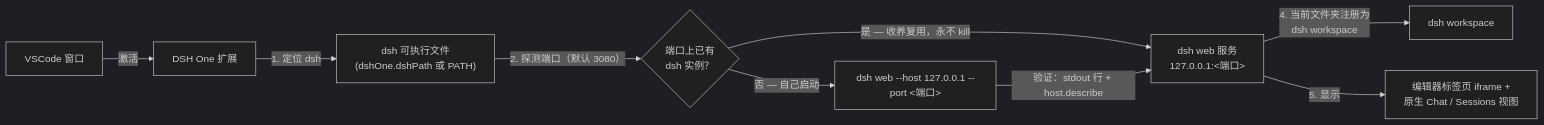
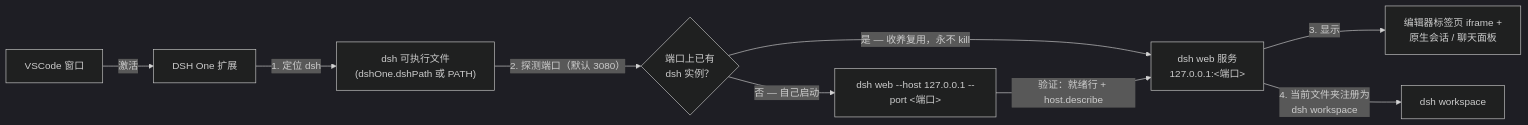
One commit to imchangchang/dsh-one changed the diagram in README.zh-CN.md. Above: the diagram before and after it, drawn with Mermaid (dark theme). The commit also changed other lines of this file and 1 other file, not shown here.

````diff
--- a/README.zh-CN.md
+++ b/README.zh-CN.md
@@ -56,11 +52,11 @@
 ```mermaid
 flowchart LR
   VS["VSCode 窗口"] -->|"激活"| EXT["DSH One 扩展"]
   EXT -->|"1. 定位 dsh"| DSH["dsh 可执行文件<br/>(dshOne.dshPath 或 PATH)"]
   DSH -->|"2. 探测端口（默认 3080）"| PROBE{"端口上已有<br/>dsh 实例？"}
   PROBE -->|"是 — 收养复用，永不 kill"| SRV["dsh web 服务<br/>127.0.0.1:&lt;端口&gt;"]
   PROBE -->|"否 — 自己启动"| SPAWN["dsh web --host 127.0.0.1 --port &lt;端口&gt;"]
-  SPAWN -->|"验证：stdout 行 + host.describe"| SRV
+  SPAWN -->|"验证：就绪行 + host.describe"| SRV
+  SRV -->|"3. 显示"| UI["编辑器标签页 iframe +<br/>原生会话 / 聊天面板"]
   SRV -->|"4. 当前文件夹注册为<br/>dsh workspace"| WS["dsh workspace"]
-  SRV -->|"5. 显示"| UI["编辑器标签页 iframe +<br/>原生 Chat / Sessions 视图"]
 ```
````
